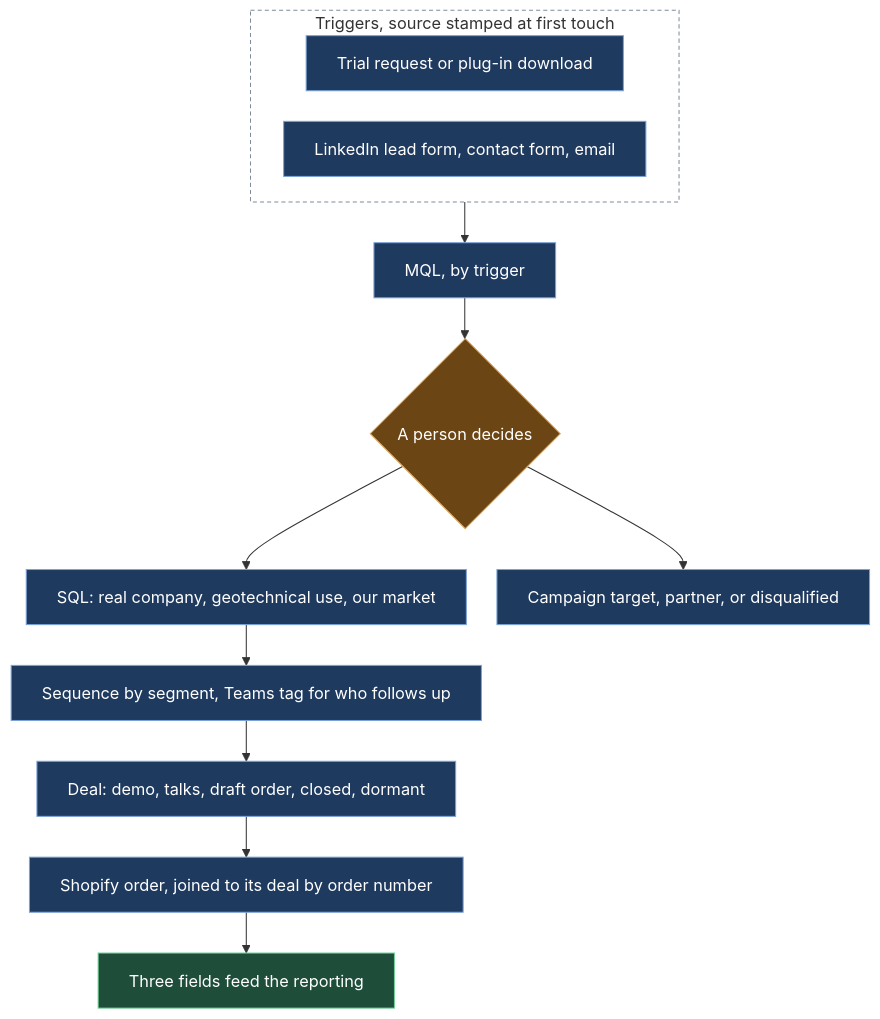
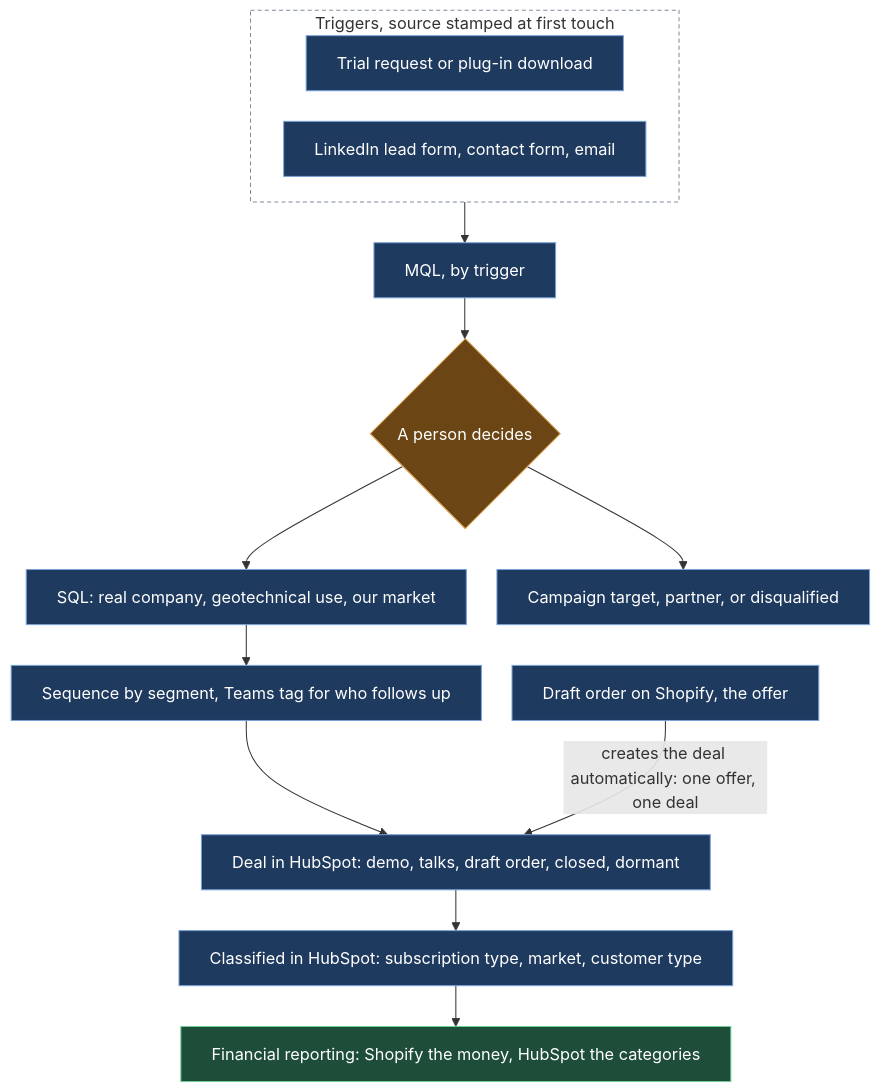
The diagram in evidence/case-studies/01-a-crm-built-from-zero-and-what-stayed-manual.md (nunomnferreirapt/ai-operated-growth-engine), drawn with Mermaid before and after one commit. The commit also changed other lines of this file, not shown here.

Commit message:
Chapter 1: one offer one deal through the Shopify to HubSpot integration, two sources of truth, Surfe plug-in (Nuno, 19 Oct)
Claude-Session: https://claude.ai/code/session_013vAMTruojjzTuNGSxvVixS

````diff
--- a/evidence/case-studies/01-a-crm-built-from-zero-and-what-stayed-manual.md
+++ b/evidence/case-studies/01-a-crm-built-from-zero-and-what-stayed-manual.md
@@ -11,21 +11,22 @@
 ```mermaid
 %%{init: {"flowchart": {"wrappingWidth": 600, "nodeSpacing": 30, "rankSpacing": 40}}}%%
 flowchart TB
     subgraph IN["Triggers, source stamped at first touch"]
         direction LR
         T1["Trial request or plug-in download"]:::sys
         T2["LinkedIn lead form, contact form, email"]:::sys
     end
     IN --> MQL["MQL, by trigger"]:::sys
     MQL --> SQ{"A person decides"}:::human
     SQ --> SQL["SQL: real company, geotechnical use, our market"]:::sys
     SQ --> OUT["Campaign target, partner, or disqualified"]:::sys
     SQL --> SEQ["Sequence by segment, Teams tag for who follows up"]:::sys
-    SEQ --> DEAL["Deal: demo, talks, draft order, closed, dormant"]:::sys
-    DEAL --> SHOP["Shopify order, joined to its deal by order number"]:::sys
-    SHOP --> REP["Three fields feed the reporting"]:::out
+    SEQ --> DEAL["Deal in HubSpot: demo, talks, draft order, closed, dormant"]:::sys
+    SHOP["Draft order on Shopify, the offer"]:::sys -- "creates the deal automatically: one offer, one deal" --> DEAL
+    DEAL --> CLS["Classified in HubSpot: subscription type, market, customer type"]:::sys
+    CLS --> REP["Financial reporting: Shopify the money, HubSpot the categories"]:::out
     classDef sys fill:#1f3a5f,stroke:#7aa2d8,color:#ffffff
     classDef human fill:#6b4514,stroke:#e0a95a,color:#ffffff
     classDef out fill:#1e4d3a,stroke:#6fcf97,color:#ffffff
     style IN fill:transparent,stroke:#7f8c9a,stroke-dasharray:4 3
 ```
````
